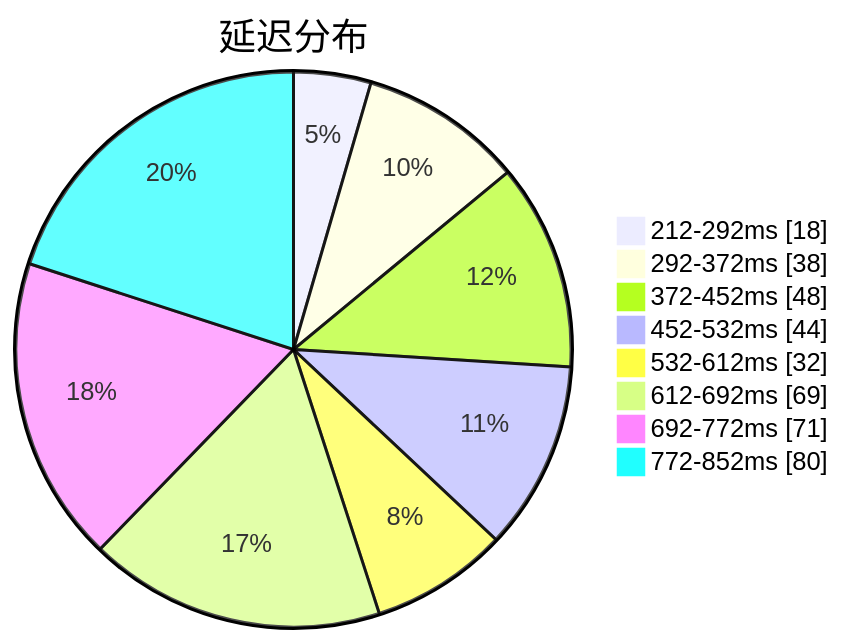
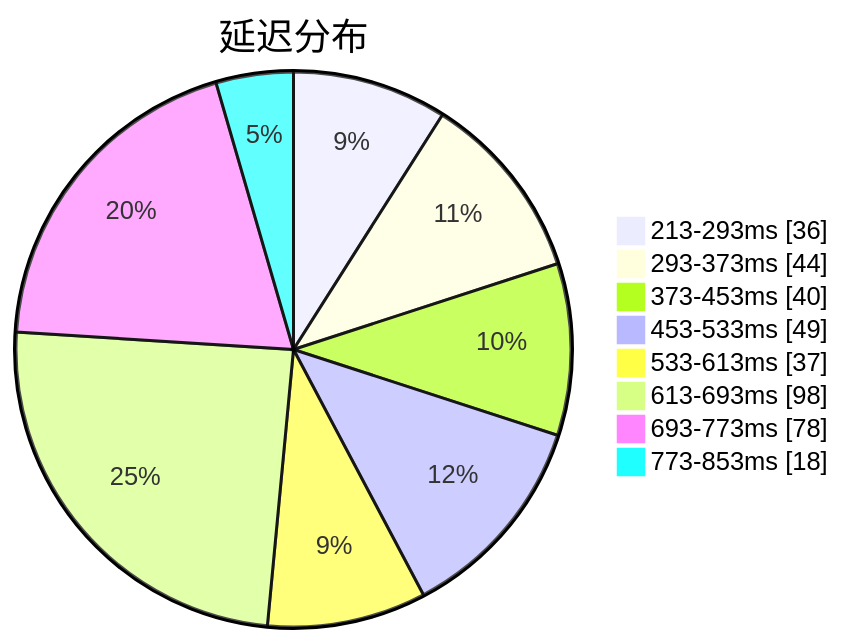
One commit to qjlxg/airport changed the first of 3 diagrams in subs/statistics/tested_within.md. Above: the diagram before and after it, drawn with Mermaid. The commit also changed other lines of this file and 2 other files, not shown here.

Commit message:
Tested by metaST

````diff
--- a/subs/statistics/tested_within.md
+++ b/subs/statistics/tested_within.md
@@ -2,12 +2,12 @@
 ```mermaid
 pie showData
 title 延迟分布
-"212-292ms" : 18
-"292-372ms" : 38
-"372-452ms" : 48
-"452-532ms" : 44
-"532-612ms" : 32
-"612-692ms" : 69
-"692-772ms" : 71
-"772-852ms" : 80
+"213-293ms" : 36
+"293-373ms" : 44
+"373-453ms" : 40
+"453-533ms" : 49
+"533-613ms" : 37
+"613-693ms" : 98
+"693-773ms" : 78
+"773-853ms" : 18
 ```
````
